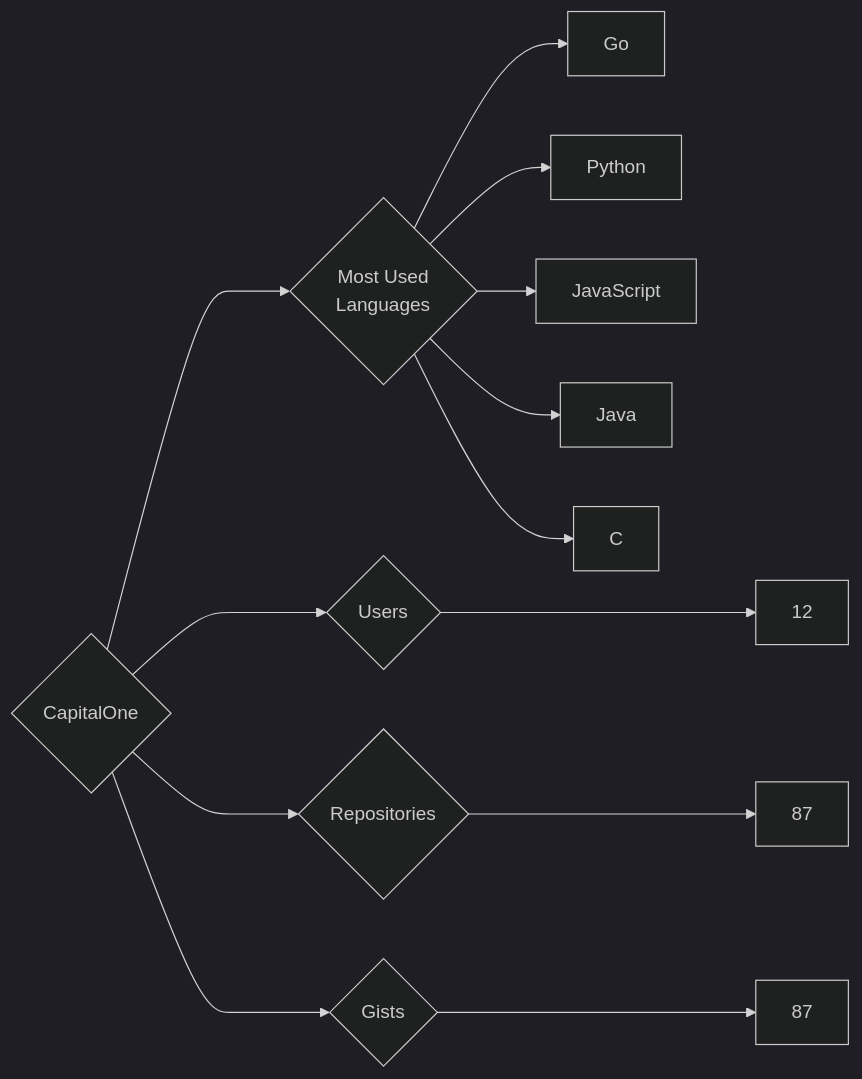
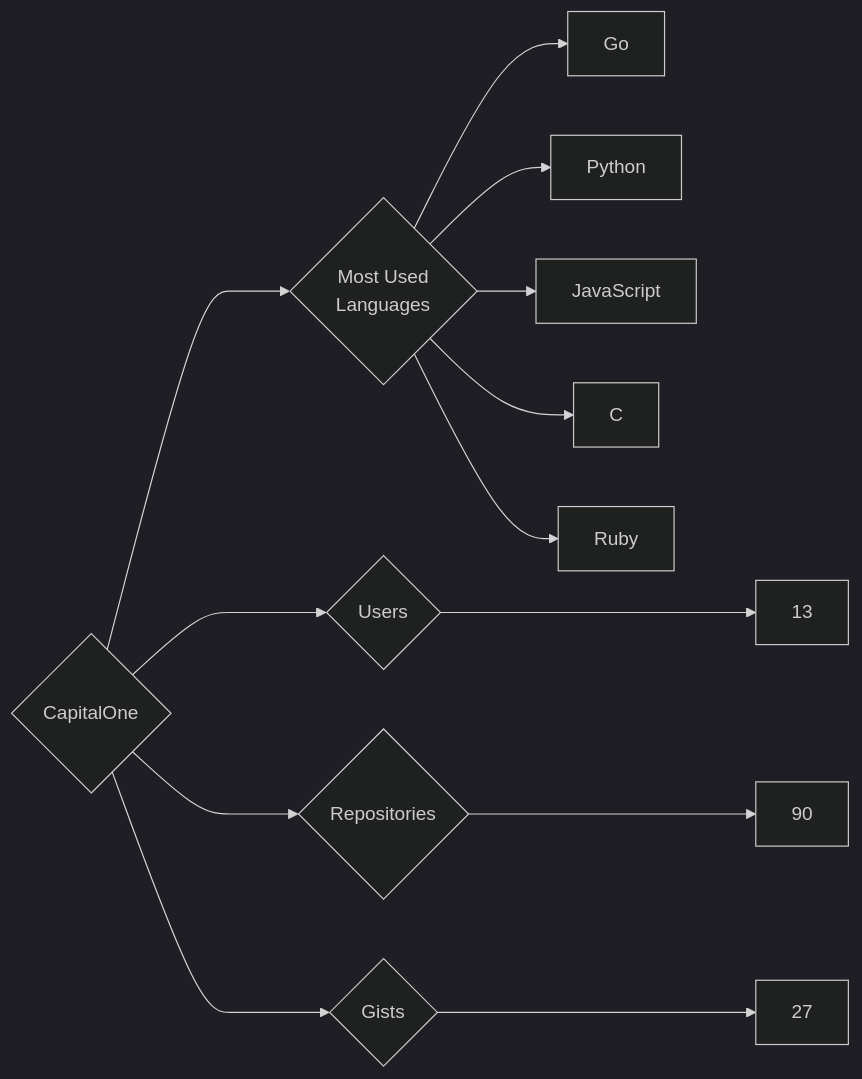
Before and after one commit to trickest/insiders: the diagram in targets/CapitalOne/README.md, drawn with Mermaid (dark theme). The commit also changed 749 other files, not shown here.

````diff
--- a/targets/CapitalOne/README.md
+++ b/targets/CapitalOne/README.md
@@ -3,13 +3,13 @@
 ```mermaid
 graph LR
 COMPANY_NAME{CapitalOne}
-COMPANY_NAME ---> U{Users} ---> UN[12]
-COMPANY_NAME ---> R{Repositories} ---> RN[87]
-COMPANY_NAME ---> G{Gists} ---> GN[87]
+COMPANY_NAME ---> U{Users} ---> UN[13]
+COMPANY_NAME ---> R{Repositories} ---> RN[90]
+COMPANY_NAME ---> G{Gists} ---> GN[27]
 COMPANY_NAME ---> ML{Most Used<br>Languages}
 ML --> Go[Go]
 ML --> Python[Python]
 ML --> JavaScript[JavaScript]
-ML --> Java[Java]
 ML --> C[C]
+ML --> Ruby[Ruby]
 ```
````
